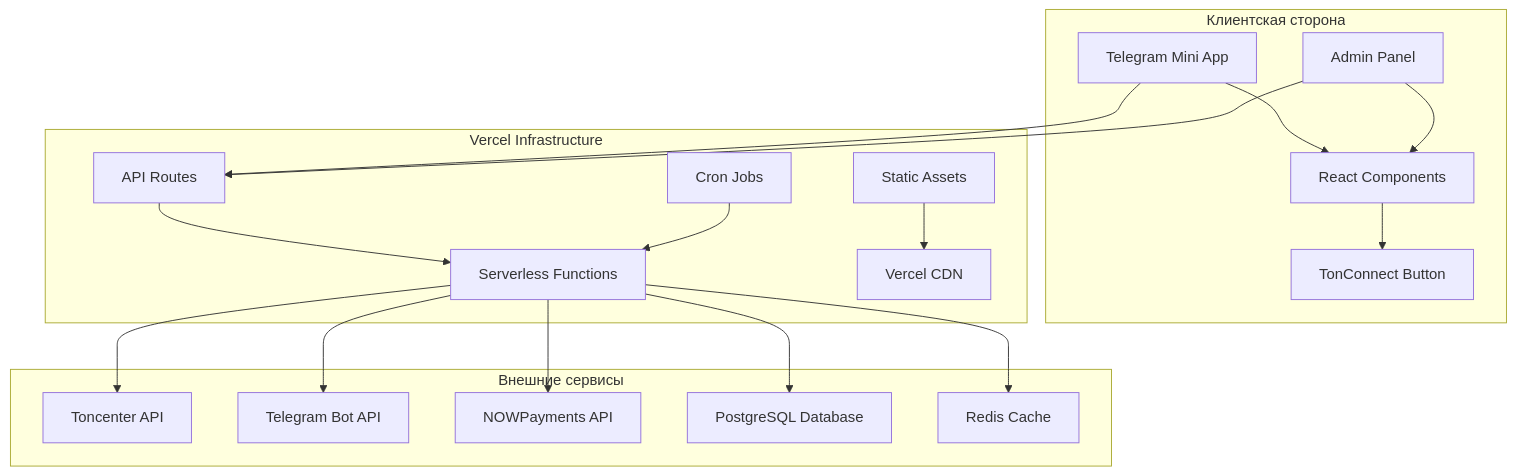
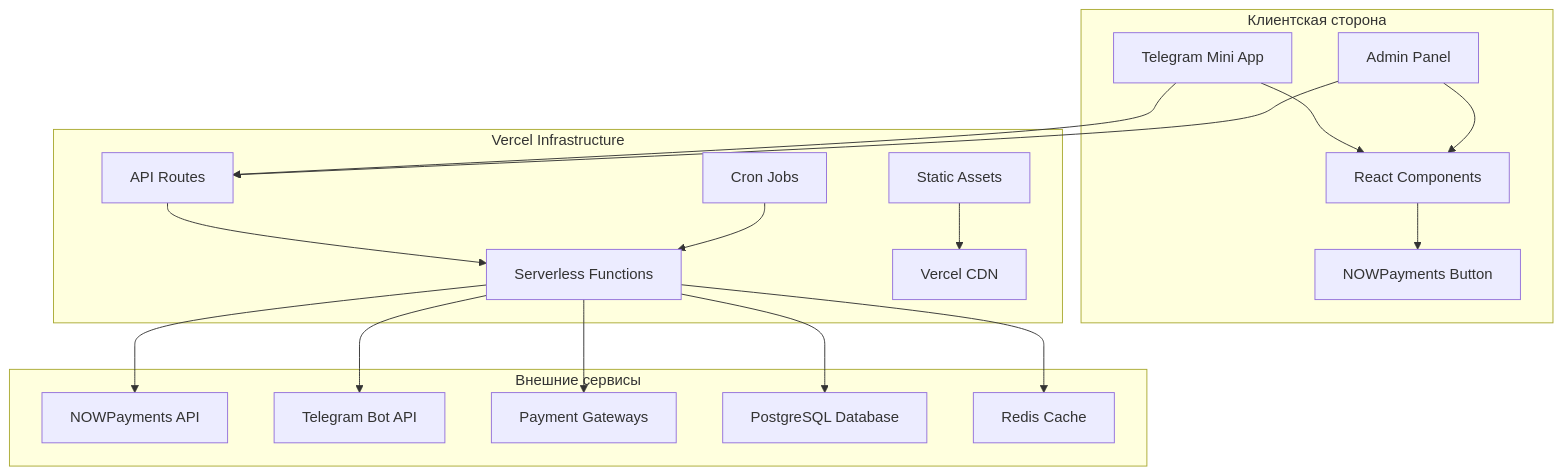
The first of 4 diagrams in Gitbook/technical/architecture.md (smitsergei/tma-subscription), drawn with Mermaid before and after one commit. The commit also changed other lines of this file and 7 other files, not shown here.

````diff
--- a/Gitbook/technical/architecture.md
+++ b/Gitbook/technical/architecture.md
@@ -31,30 +32,30 @@
 ```mermaid
 graph TB
     subgraph "Клиентская сторона"
         A[Telegram Mini App] --> B[React Components]
         C[Admin Panel] --> B
-        B --> D[TonConnect Button]
+        B --> D[NOWPayments Button]
     end
 
     subgraph "Vercel Infrastructure"
         E[API Routes] --> F[Serverless Functions]
         G[Cron Jobs] --> F
         H[Static Assets] --> I[Vercel CDN]
     end
 
     subgraph "Внешние сервисы"
-        J[Toncenter API]
+        J[NOWPayments API]
         K[Telegram Bot API]
-        L[NOWPayments API]
+        L[Payment Gateways]
         M[PostgreSQL Database]
         N[Redis Cache]
     end
 
     A --> E
     C --> E
     F --> J
     F --> K
     F --> L
     F --> M
     F --> N
 ```
````
